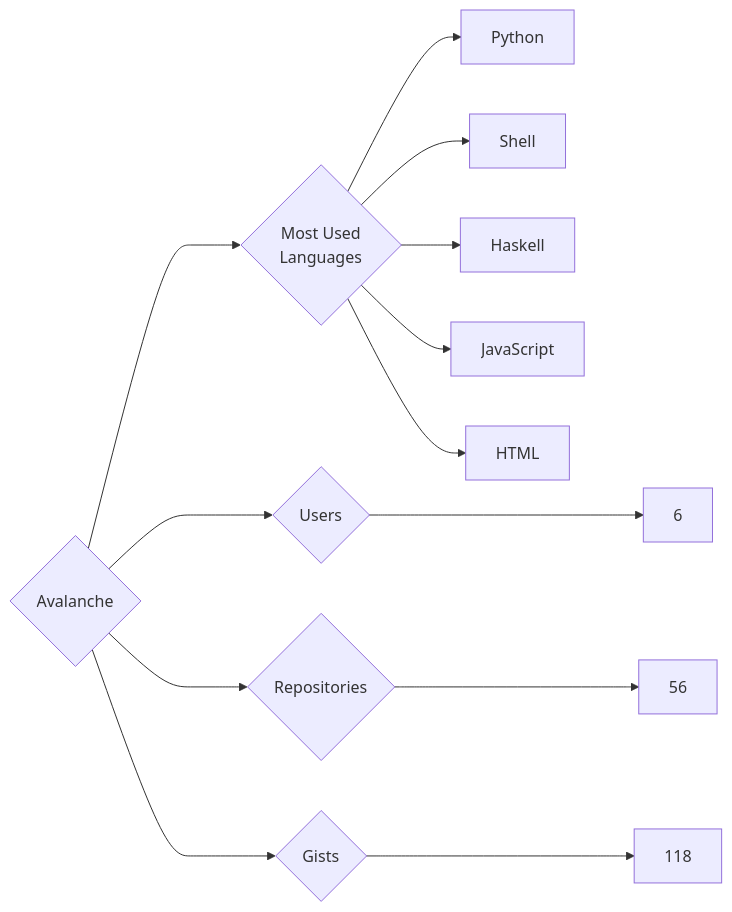
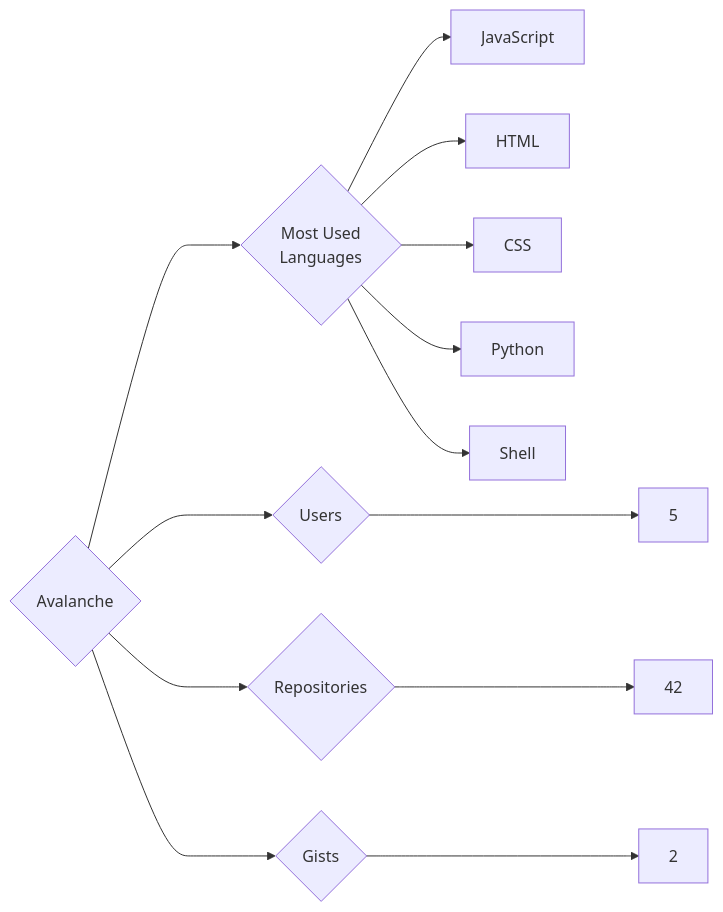
Before and after one commit to trickest/insiders: the diagram in targets/Avalanche/README.md, drawn with Mermaid. The commit also changed 865 other files, not shown here.

````diff
--- a/targets/Avalanche/README.md
+++ b/targets/Avalanche/README.md
@@ -3,13 +3,13 @@
 ```mermaid
 graph LR
 COMPANY_NAME{Avalanche}
-COMPANY_NAME ---> U{Users} ---> UN[6]
-COMPANY_NAME ---> R{Repositories} ---> RN[56]
-COMPANY_NAME ---> G{Gists} ---> GN[118]
+COMPANY_NAME ---> U{Users} ---> UN[5]
+COMPANY_NAME ---> R{Repositories} ---> RN[42]
+COMPANY_NAME ---> G{Gists} ---> GN[2]
 COMPANY_NAME ---> ML{Most Used<br>Languages}
+ML --> JavaScript[JavaScript]
+ML --> HTML[HTML]
+ML --> CSS[CSS]
 ML --> Python[Python]
 ML --> Shell[Shell]
-ML --> Haskell[Haskell]
-ML --> JavaScript[JavaScript]
-ML --> HTML[HTML]
 ```
````
